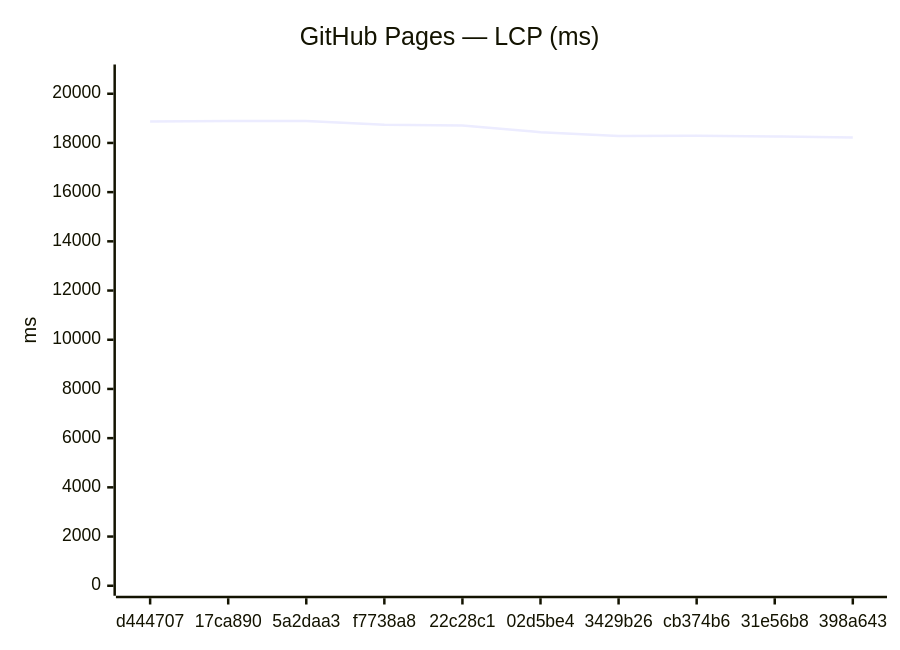
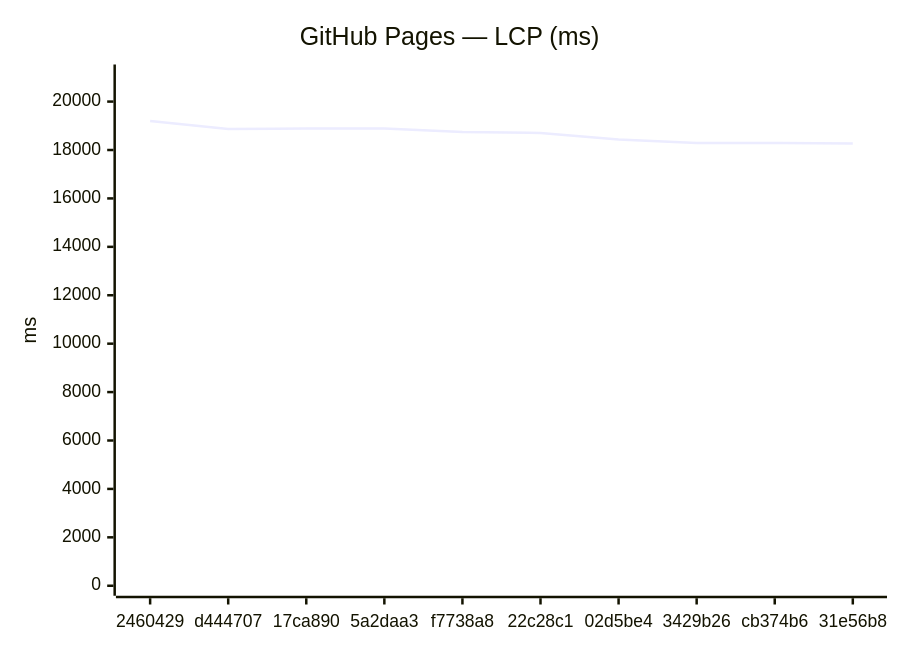
One commit to Metaheurist/Rianell changed the third of 18 diagrams in benchmarks/compare.md. Above: the diagram before and after it, drawn with Mermaid. The commit also changed other lines of this file and 11 other files, not shown here.

````diff
--- a/benchmarks/compare.md
+++ b/benchmarks/compare.md
@@ -54,7 +54,7 @@
 ```mermaid
 xychart-beta
     title "GitHub Pages — LCP (ms)"
-    x-axis ["d444707", "17ca890", "5a2daa3", "f7738a8", "22c28c1", "02d5be4", "3429b26", "cb374b6", "31e56b8", "398a643"]
-    y-axis "ms" 0 --> 20782
-    line [18871, 18888, 18892, 18741, 18704, 18438, 18287, 18290, 18265, 18222]
+    x-axis ["2460429", "d444707", "17ca890", "5a2daa3", "f7738a8", "22c28c1", "02d5be4", "3429b26", "cb374b6", "31e56b8"]
+    y-axis "ms" 0 --> 21119
+    line [19199, 18871, 18888, 18892, 18741, 18704, 18438, 18287, 18290, 18265]
 ```
````
